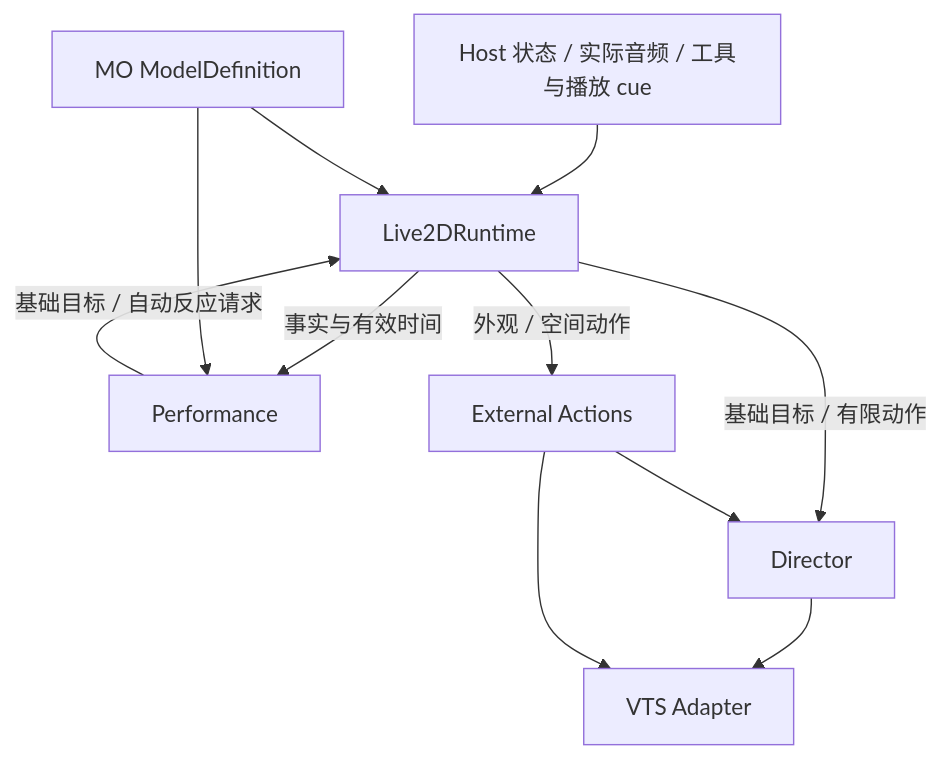
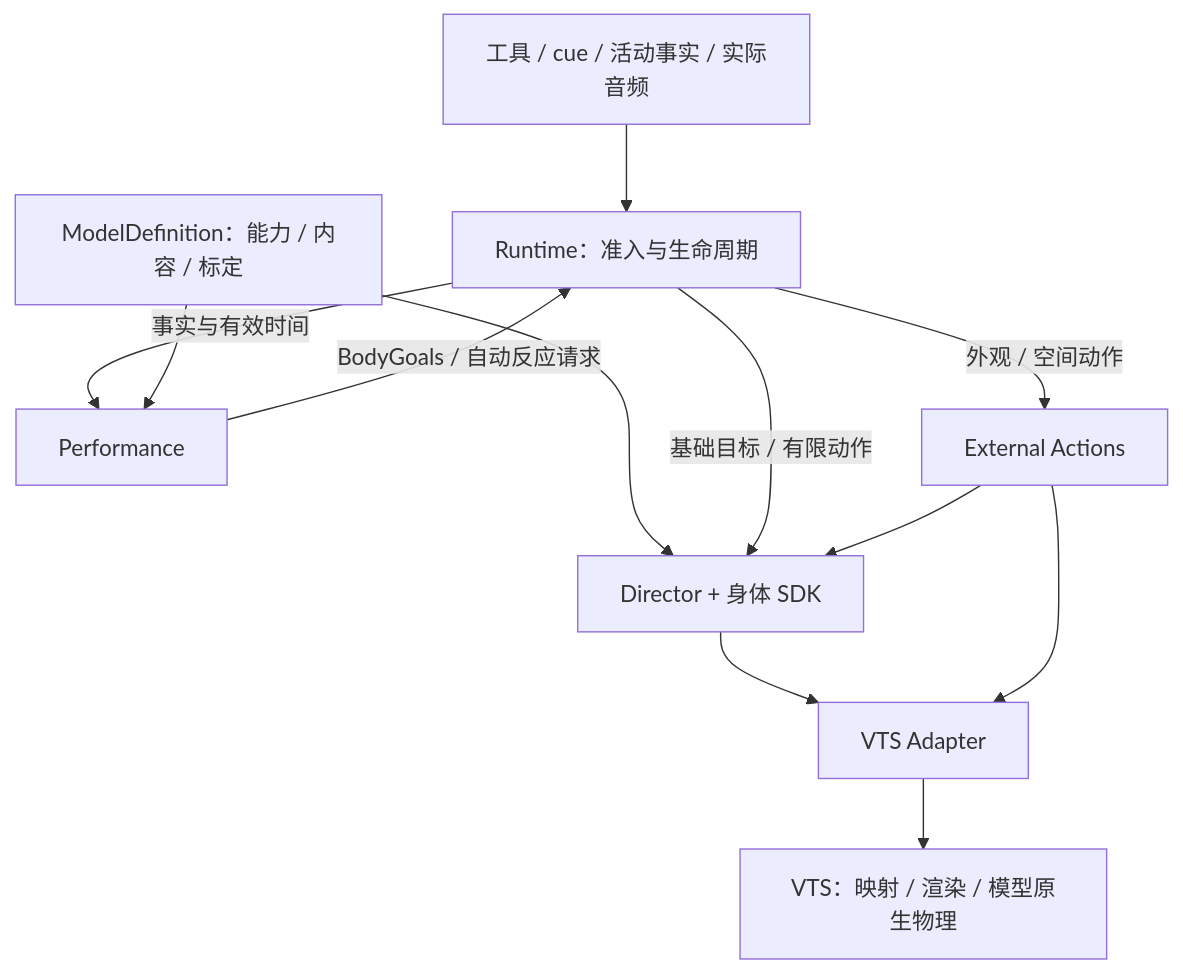
The diagram in docs/proposals/live2d/live2d-world-performance-redesign.md (FanRec/uina-agent), drawn with Mermaid before and after one commit. The commit also changed other lines of this file and 1 other file, not shown here.

First line of the commit message:
docs(live2d): 设计定位改为身体与表演 SDK

````diff
--- a/docs/proposals/live2d/live2d-world-performance-redesign.md
+++ b/docs/proposals/live2d/live2d-world-performance-redesign.md
@@ -87,13 +106,14 @@
 ```mermaid
 flowchart TD
-  H[Host 状态 / 实际音频 / 工具与播放 cue] --> R[Live2DRuntime]
+  H[工具 / cue / 活动事实 / 实际音频] --> R[Runtime：准入与生命周期]
   R -->|事实与有效时间| P[Performance]
-  M[MO ModelDefinition] --> P
-  M --> R
-  P -->|基础目标 / 自动反应请求| R
-  R -->|基础目标 / 有限动作| D[Director]
+  M[ModelDefinition：能力 / 内容 / 标定] --> P
+  M --> D
+  P -->|BodyGoals / 自动反应请求| R
+  R -->|基础目标 / 有限动作| D[Director + 身体 SDK]
   R -->|外观 / 空间动作| E[External Actions]
   E --> D
   D --> A[VTS Adapter]
   E --> A
+  A --> V[VTS：映射 / 渲染 / 模型原生物理]
 ```
````
